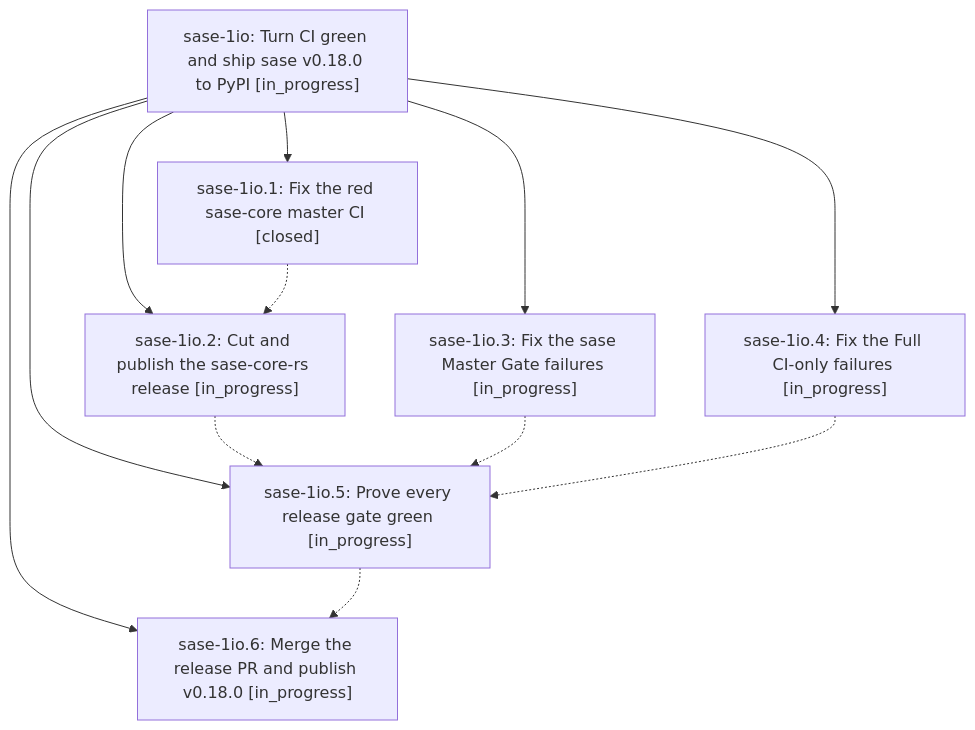
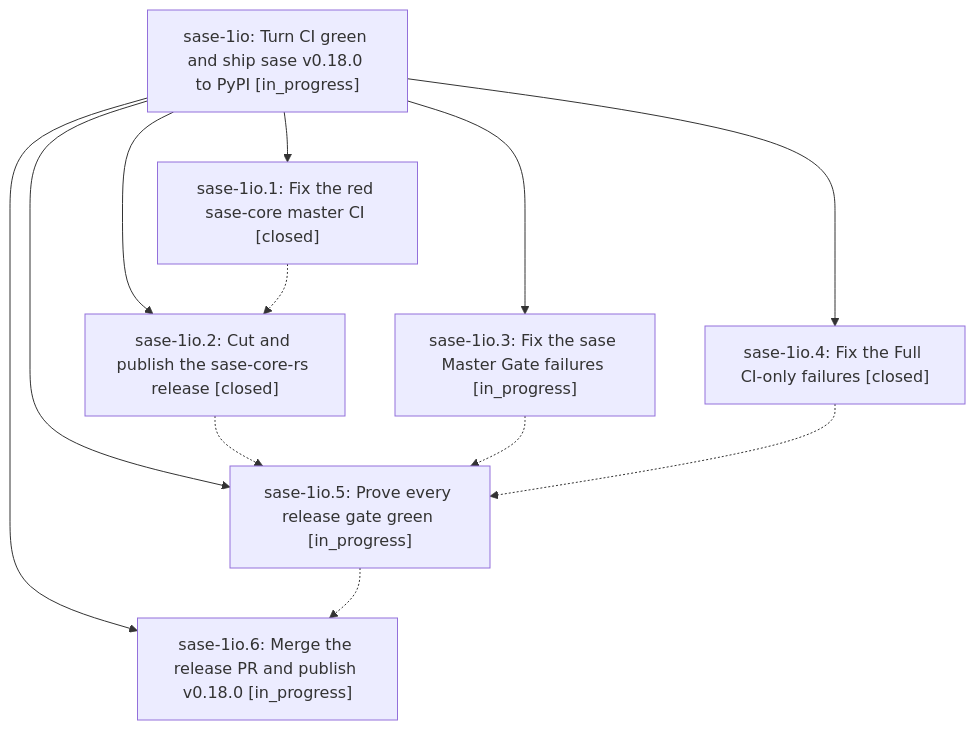
Before and after one commit to sase-org/sase--beads: the diagram in pages/sase-1io/README.md, drawn with Mermaid. The commit also changed other lines of this file and 4 other files, not shown here.

````diff
--- a/pages/sase-1io/README.md
+++ b/pages/sase-1io/README.md
@@ -27,21 +27,21 @@
 ```mermaid
 flowchart TD
     n0["sase-1io: Turn CI green and ship sase v0.18.0 to PyPI [in_progress]"]
     n1["sase-1io.1: Fix the red sase-core master CI [closed]"]
-    n2["sase-1io.2: Cut and publish the sase-core-rs release [in_progress]"]
+    n2["sase-1io.2: Cut and publish the sase-core-rs release [closed]"]
     n3["sase-1io.3: Fix the sase Master Gate failures [in_progress]"]
-    n4["sase-1io.4: Fix the Full CI-only failures [in_progress]"]
+    n4["sase-1io.4: Fix the Full CI-only failures [closed]"]
     n5["sase-1io.5: Prove every release gate green [in_progress]"]
     n6["sase-1io.6: Merge the release PR and publish v0.18.0 [in_progress]"]
     n0 --> n1
     n0 --> n2
     n0 --> n3
     n0 --> n4
     n0 --> n5
     n0 --> n6
     n1 -.-> n2
     n2 -.-> n5
     n3 -.-> n5
     n4 -.-> n5
     n5 -.-> n6
 ```
````
